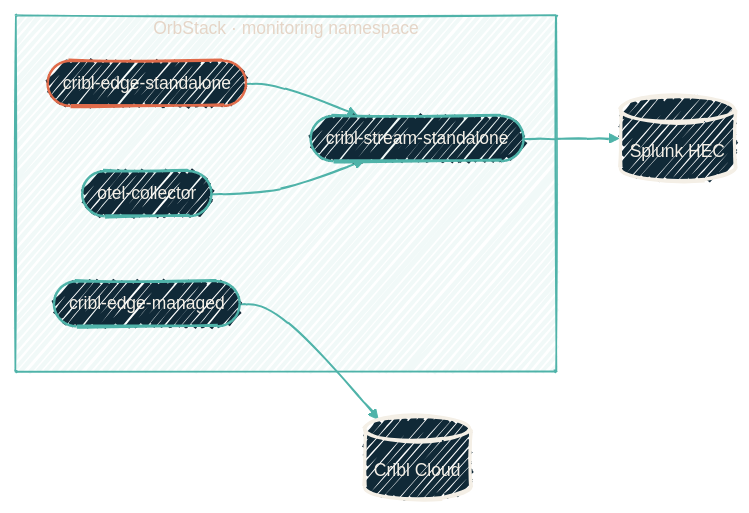
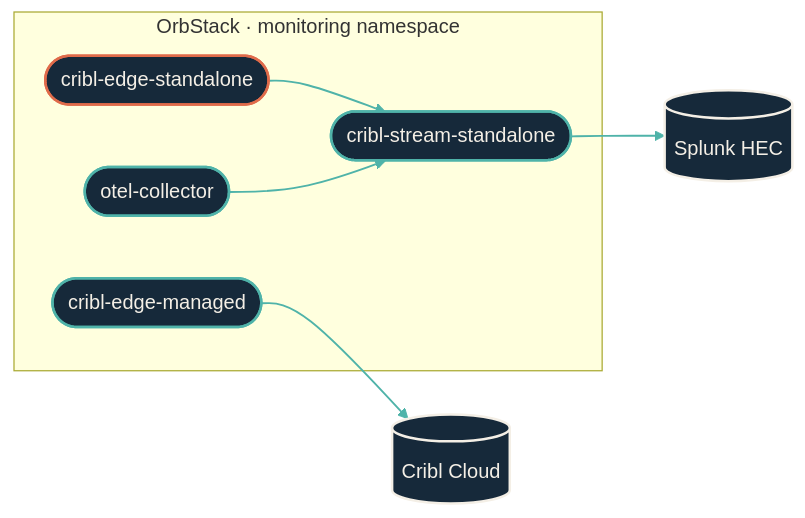
Before and after one commit to dryvist/docs: the diagram in infrastructure/repos/orbstack-kubernetes.mdx, drawn with Mermaid. The commit also changed other lines of this file and 116 other files, not shown here.

````diff
--- a/infrastructure/repos/orbstack-kubernetes.mdx
+++ b/infrastructure/repos/orbstack-kubernetes.mdx
@@ -21,28 +21,31 @@
 ```mermaid
-%%{init:
-  {'theme':'base','look':'handDrawn','themeVariables':{'fontFamily':'Geist','fontSize':'14px','primaryColor':'#102937','primaryTextColor':'#F4EFE6','primaryBorderColor':'#4FB3A9','lineColor':'#4FB3A9','secondaryColor':'#0B1D2A','tertiaryColor':'#1A2A38','clusterBkg':'rgba(79,179,169,0.08)','clusterBorder':'#4FB3A9'}}}%%
+%%{init: {"theme":"base","look":"handDrawn","themeVariables":{"primaryColor":"#123a36","primaryTextColor":"#f4efe6","primaryBorderColor":"#4fb3a9","lineColor":"#4fb3a9","secondaryColor":"#0b1d2a","tertiaryColor":"#16293a","clusterBkg":"#08151f","clusterBorder":"#4fb3a9","fontFamily":"'Geist Sans', system-ui, -apple-system, BlinkMacSystemFont, 'Segoe UI', Roboto, sans-serif","fontSize":"14px"}}}%%
 flowchart LR
+  classDef src fill:#16293a,stroke:#e06b4a,stroke-width:2px,color:#f4efe6;
+  classDef ai fill:#16293a,stroke:#e06b4a,stroke-width:2px,color:#f4efe6;
+  classDef gate fill:#16293a,stroke:#e06b4a,stroke-width:2.5px,color:#f4efe6;
+  classDef hop fill:#16293a,stroke:#4fb3a9,stroke-width:2px,color:#f4efe6;
+  classDef host fill:#16293a,stroke:#4fb3a9,stroke-width:2px,color:#f4efe6;
+  classDef sink fill:#16293a,stroke:#f4efe6,stroke-width:2px,color:#f4efe6;
+  classDef auto fill:#16293a,stroke:#f4efe6,stroke-width:1.5px,color:#f4efe6;
+  classDef external fill:#16293a,stroke:#e6b35a,stroke-width:2px,color:#f4efe6;
   subgraph orb["OrbStack · monitoring namespace"]
   Otel(["otel-collector"])
   Edge(["cribl-edge-standalone"])
   Stream(["cribl-stream-standalone"])
   Managed(["cribl-edge-managed"])
   end
   Splunk[("Splunk HEC")]
   Cloud[("Cribl Cloud")]
 
   Edge --> Stream
   Otel --> Stream
   Stream --> Splunk
   Managed --> Cloud
 
-  classDef src fill:#102937,stroke:#E06B4A,stroke-width:2px,color:#F4EFE6;
-  classDef hop fill:#102937,stroke:#4FB3A9,stroke-width:2px,color:#F4EFE6;
-  classDef sink fill:#102937,stroke:#F4EFE6,stroke-width:2.5px,color:#F4EFE6;
-
   class Edge src
   class Otel,Stream,Managed hop
   class Splunk,Cloud sink
 
   linkStyle default stroke:#4FB3A9,stroke-width:1.5px;
 ```
````
